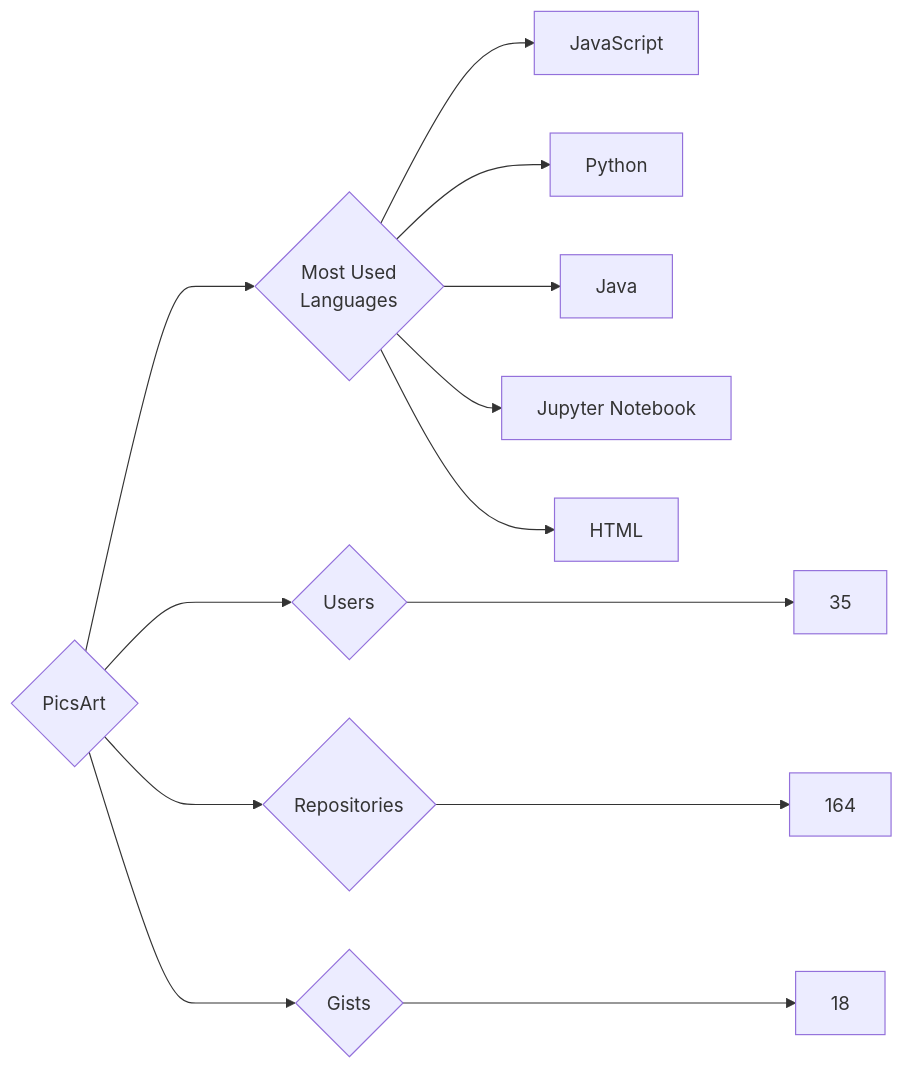
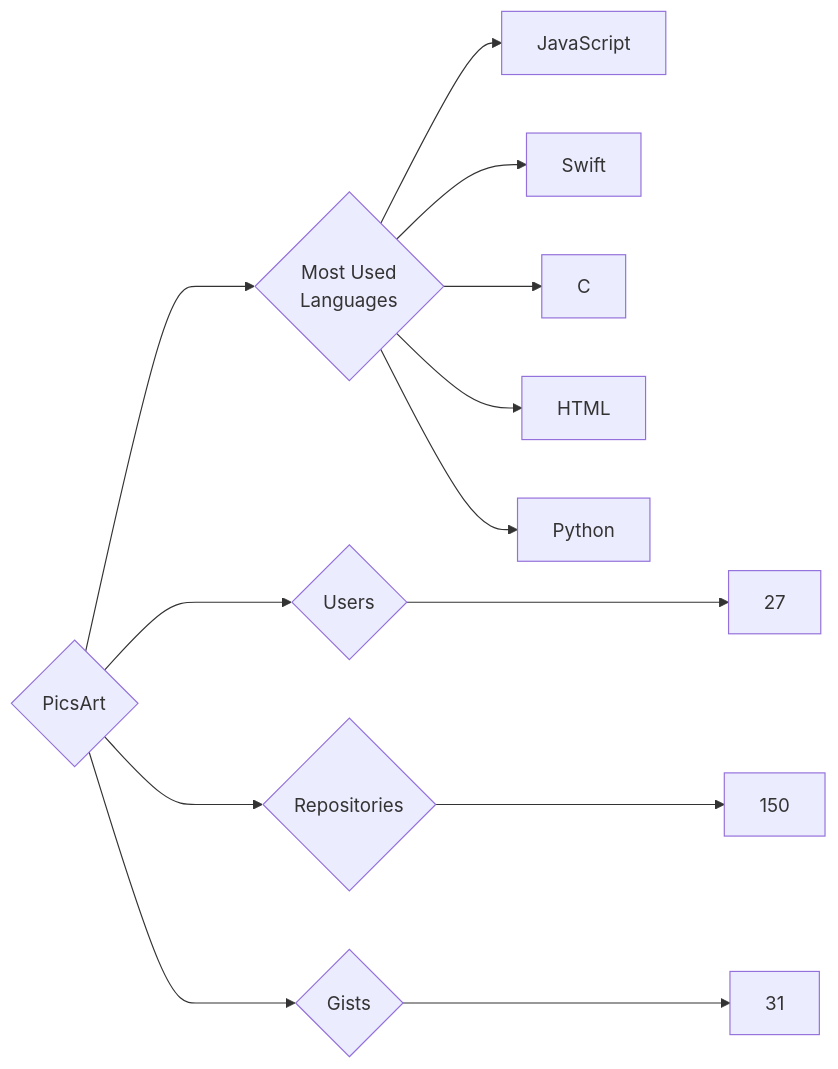
Before and after one commit to trickest/insiders: the diagram in targets/PicsArt/README.md, drawn with Mermaid. The commit also changed 839 other files, not shown here.

````diff
--- a/targets/PicsArt/README.md
+++ b/targets/PicsArt/README.md
@@ -3,13 +3,13 @@
 ```mermaid
 graph LR
 COMPANY_NAME{PicsArt}
-COMPANY_NAME ---> U{Users} ---> UN[35]
-COMPANY_NAME ---> R{Repositories} ---> RN[164]
-COMPANY_NAME ---> G{Gists} ---> GN[18]
+COMPANY_NAME ---> U{Users} ---> UN[27]
+COMPANY_NAME ---> R{Repositories} ---> RN[150]
+COMPANY_NAME ---> G{Gists} ---> GN[31]
 COMPANY_NAME ---> ML{Most Used<br>Languages}
 ML --> JavaScript[JavaScript]
+ML --> Swift[Swift]
+ML --> C[C]
+ML --> HTML[HTML]
 ML --> Python[Python]
-ML --> Java[Java]
-ML --> Jupyter_Notebook[Jupyter Notebook]
-ML --> HTML[HTML]
 ```
````
